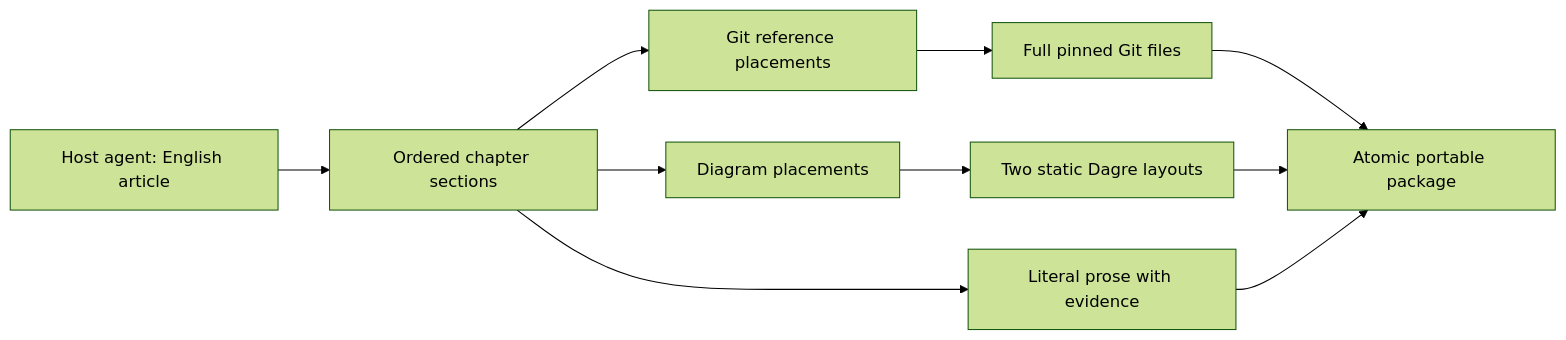
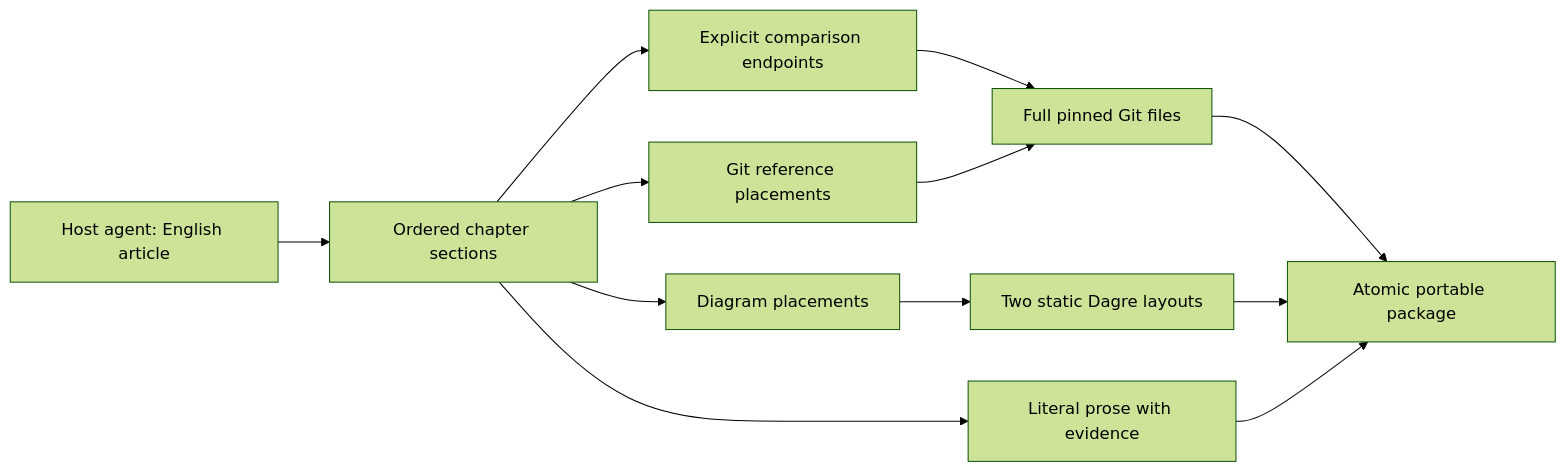
One commit to bajor/raccoon-mcp changed the diagram in docs/architecture.md. Above: the diagram before and after it, drawn with Mermaid (forest theme). The commit also changed other lines of this file and 16 other files, not shown here.

First line of the commit message:
Add explicit Git comparison evidence to articles

````diff
--- a/docs/architecture.md
+++ b/docs/architecture.md
@@ -13,12 +14,14 @@
 ```mermaid
 flowchart LR
     Agent[Host agent: English article] --> Contract[Ordered chapter sections]
     Contract --> Prose[Literal prose with evidence]
     Contract --> Code[Git reference placements]
+    Contract --> Diff[Explicit comparison endpoints]
+    Diff --> Git
     Contract --> Graph[Diagram placements]
     Code --> Git[Full pinned Git files]
     Graph --> Dagre[Two static Dagre layouts]
     Git --> Package[Atomic portable package]
     Dagre --> Package
     Prose --> Package
 ```
````
